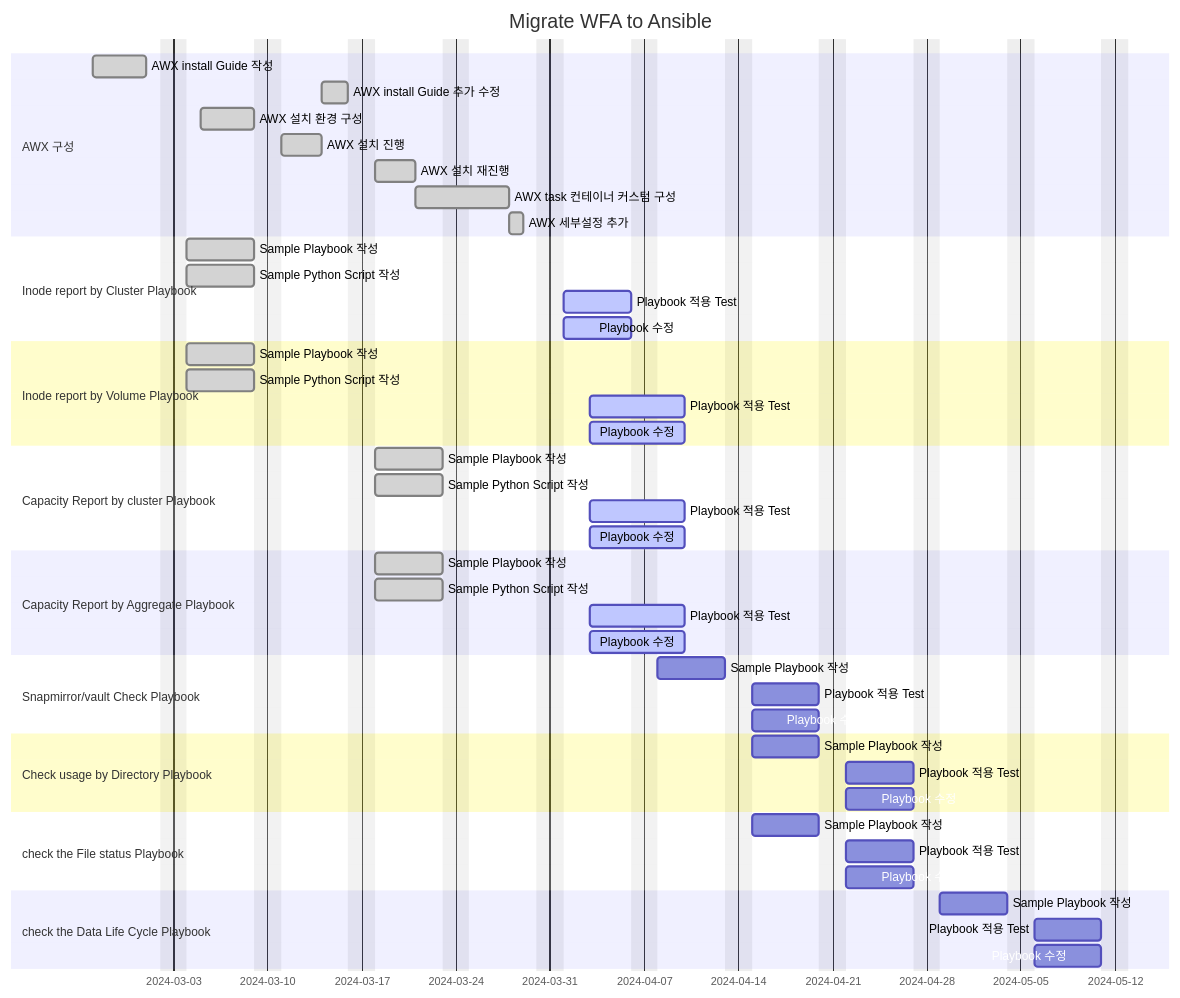
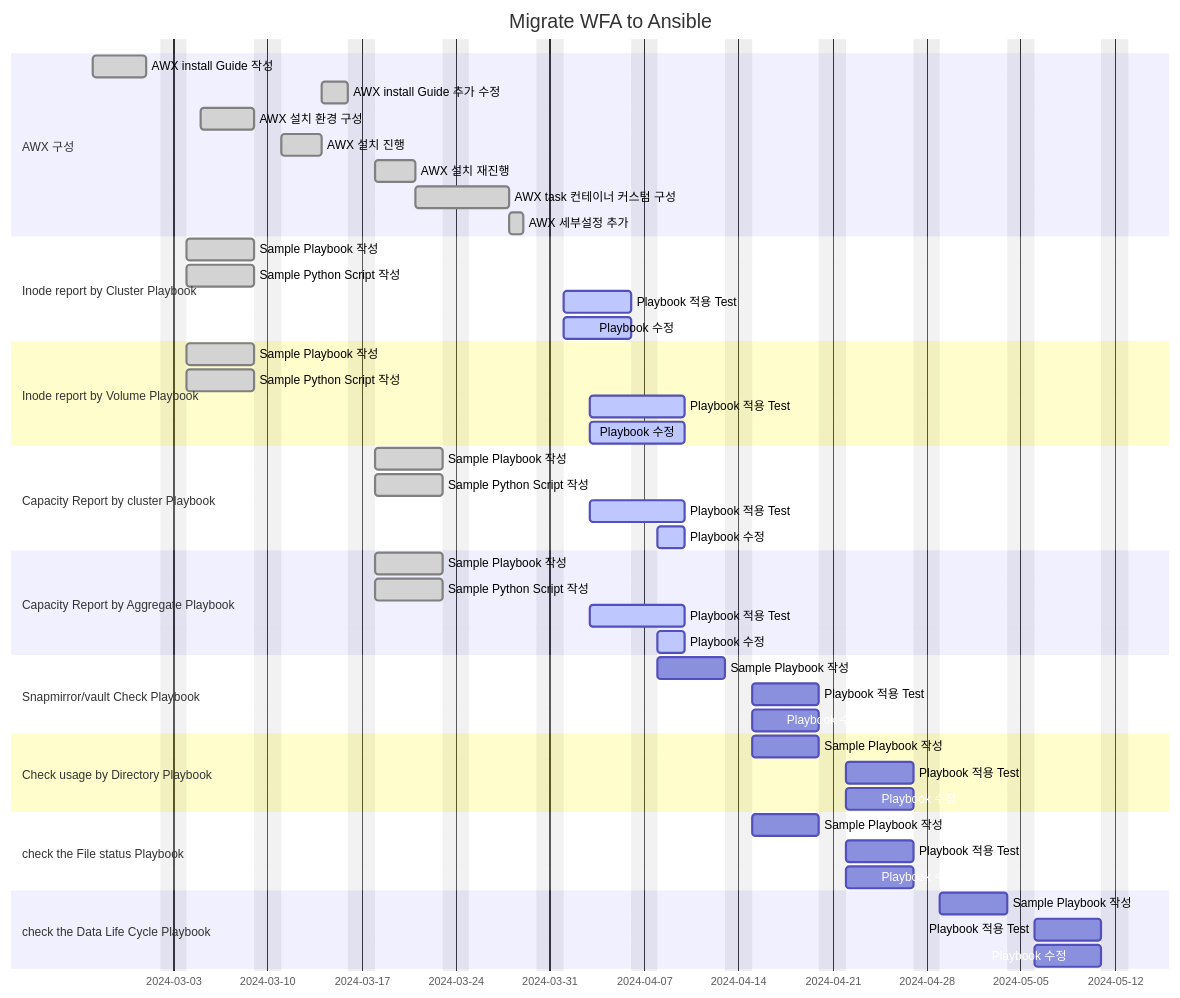
The diagram in SKHynix/Readme.md (netappkr/AnsiblePlaybook), drawn with Mermaid before and after one commit. The commit also changed other lines of this file, not shown here.

````diff
--- a/SKHynix/Readme.md
+++ b/SKHynix/Readme.md
@@ -64,60 +66,60 @@
 ```mermaid
 gantt
     title Migrate WFA to Ansible
     dateFormat  YYYY-MM-DD
     excludes    weekends
 
     section AWX 구성
     AWX install Guide 작성  : done, awx1, 2024-02-26, 4d
     AWX install Guide 추가 수정  : done, awx1-1, after awx3, 2d
     AWX 설치 환경 구성  : done, awx2, 2024-03-05, 4d
     AWX 설치 진행 : done, awx3, after awx2 , 3d
     AWX 설치 재진행 : done, awx3-1, after awx1-1 , 3d
     AWX task 컨테이너 커스텀 구성: done, awx3-2, after awx3-1, 5d
     AWX 세부설정 추가 : done, awx4, after awx3-2, 1d
     
 
     section Inode report by Cluster Playbook
     Sample Playbook 작성 : done, p1-1, 2024-03-04, 5d
     Sample Python Script 작성 : done, p1-2, 2024-03-04, 5d
     Playbook 적용 Test: active, p1-3, 2024-04-01,  5d
     Playbook 수정 : active, p1-4, 2024-04-01 , 5d
 
     section Inode report by Volume Playbook
     Sample Playbook 작성 : done, p2-1, 2024-03-04, 5d
     Sample Python Script 작성 : done, p2-2, 2024-03-04, 5d
     Playbook 적용 Test: active, p2-3, 2024-04-03,  5d
     Playbook 수정 : active, p2-4, 2024-04-03 , 5d
 
     section Capacity Report by cluster Playbook
     Sample Playbook 작성 : done, p3-1, 2024-03-18, 5d
     Sample Python Script 작성 : done, p3-2, 2024-03-18, 5d
     Playbook 적용 Test: active, p3-3, 2024-04-03,  5d
-    Playbook 수정 : active, p3-4, 2024-04-03 , 5d
+    Playbook 수정 : active, p3-4, 2024-04-08 , 2d
 
     section Capacity Report by Aggregate Playbook
     Sample Playbook 작성 : done, p4-1, 2024-03-18, 5d
     Sample Python Script 작성 : done, p4-2, 2024-03-18, 5d
     Playbook 적용 Test: active, p4-3, 2024-04-03,  5d
-    Playbook 수정 : active, p4-3, 2024-04-03 , 5d
+    Playbook 수정 : active, p4-3, 2024-04-08 , 2d
 
     section Snapmirror/vault Check Playbook
     Sample Playbook 작성 : p6-1, 2024-04-08, 5d
     Playbook 적용 Test: p6-2, after p6-1,  5d
     Playbook 수정 : p6-3, after p6-1 , 5d
 
     section Check usage by Directory Playbook
     Sample Playbook 작성 : p7-1, 2024-04-15, 5d
     Playbook 적용 Test: p7-2, after p7-1,  5d
     Playbook 수정 : p7-3, after p7-1 , 5d
 
     section check the File status Playbook
     Sample Playbook 작성 : p8-1, 2024-04-15, 5d
     Playbook 적용 Test: p8-2, after p8-1,  5d
     Playbook 수정 : p8-3, after p8-1 , 5d
 
     section check the Data Life Cycle Playbook
     Sample Playbook 작성 : p10-1, 2024-04-29, 5d
     Playbook 적용 Test: p10-2, after p10-1,  5d
     Playbook 수정 : p10-3, after p10-1 , 5d
 ```
````
